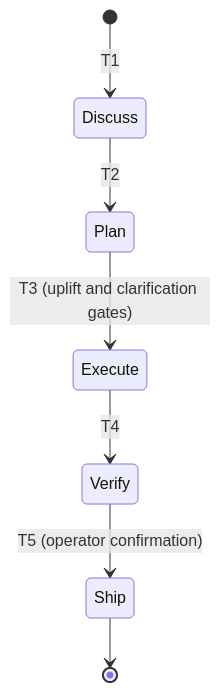
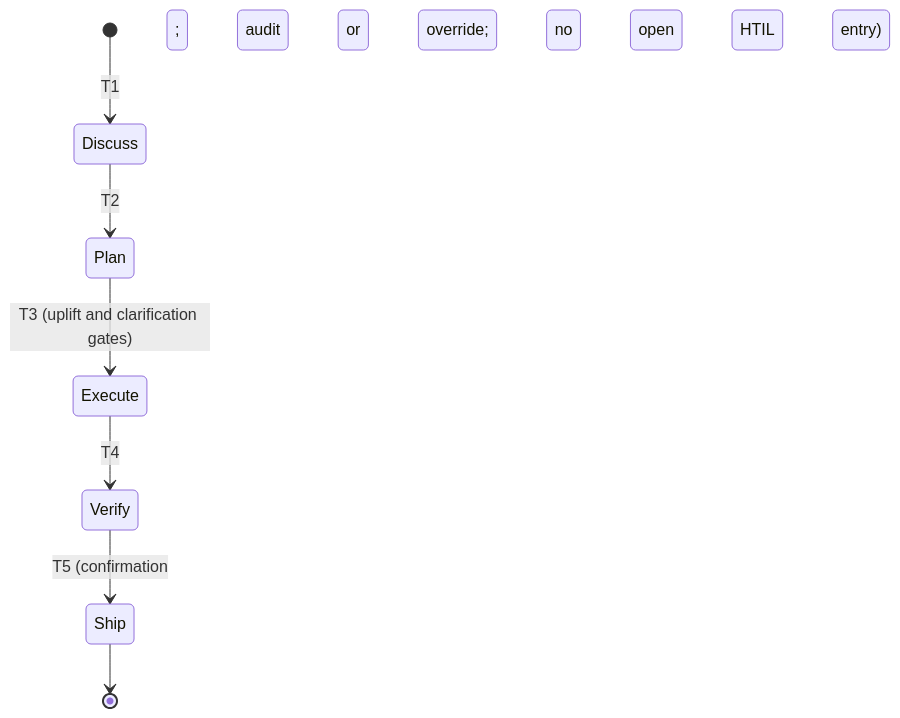
One commit to swcstudiospace/ultrathink changed the diagram in docs/architecture/phase-lifecycle.md. Above: the diagram before and after it, drawn with Mermaid. The commit also changed other lines of this file and 5 other files, not shown here.

First line of the commit message:
feat(lifecycle): audit gate, owner override, and HTIL entries (LIFE-02, LIFE-05)

````diff
--- a/docs/architecture/phase-lifecycle.md
+++ b/docs/architecture/phase-lifecycle.md
@@ -52,9 +56,9 @@
 ```mermaid
 stateDiagram-v2
     [*] --> Discuss: T1
     Discuss --> Plan: T2
     Plan --> Execute: T3 (uplift and clarification gates)
     Execute --> Verify: T4
-    Verify --> Ship: T5 (operator confirmation)
+    Verify --> Ship: T5 (confirmation; audit or override; no open HTIL entry)
     Ship --> [*]
 ```
````
